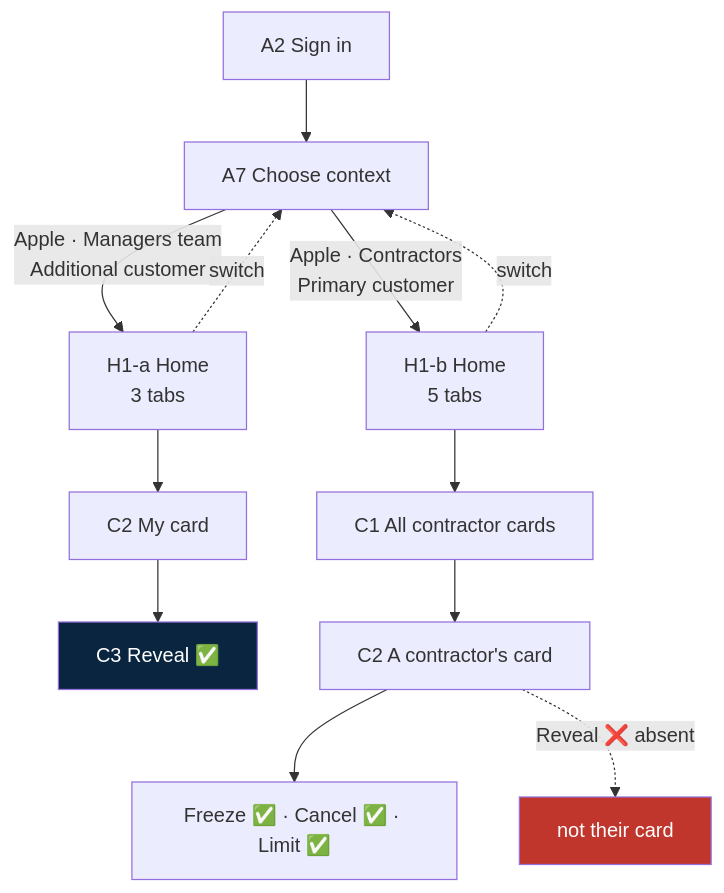
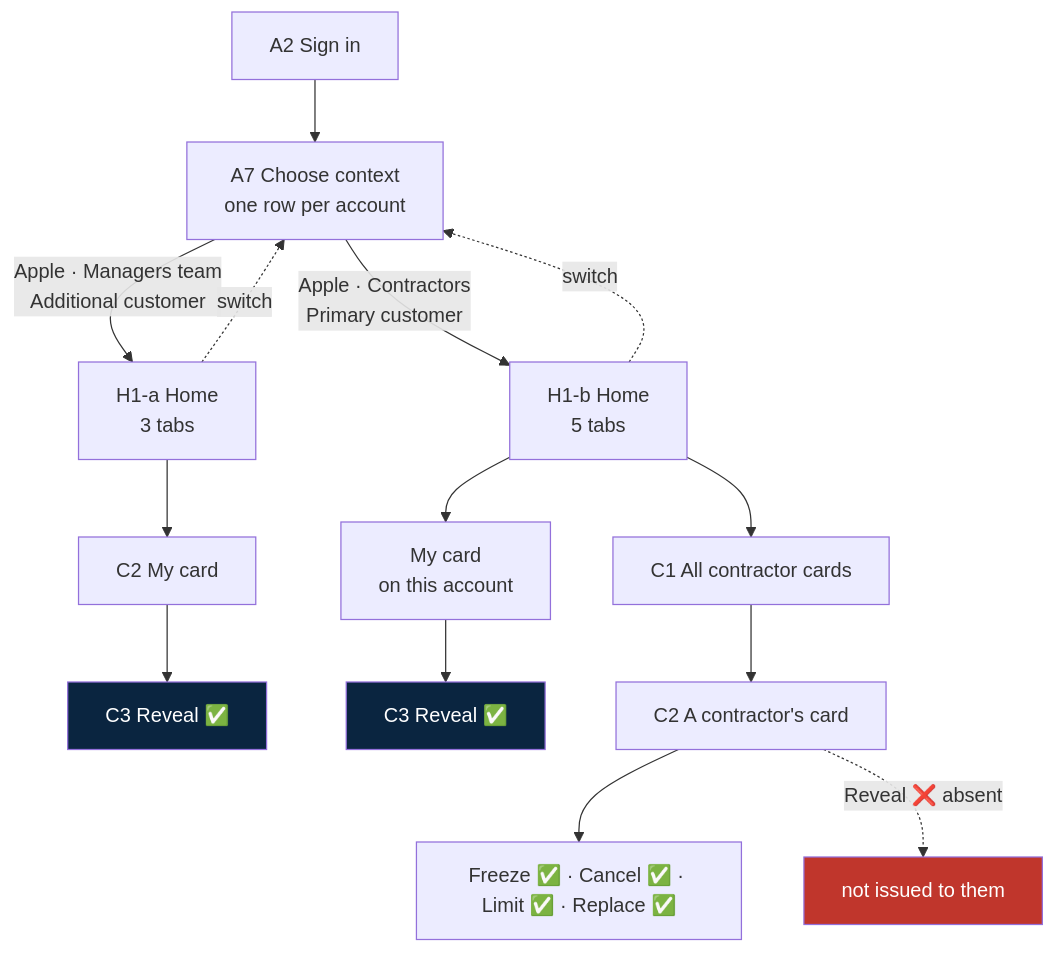
The tenth of 10 diagrams in docs/Screens-and-flows.md (yr08ii/card-management-app), drawn with Mermaid before and after one commit. The commit also changed other lines of this file and 1 other file, not shown here.

````diff
--- a/docs/Screens-and-flows.md
+++ b/docs/Screens-and-flows.md
@@ -432,17 +604,20 @@
 ```mermaid
 flowchart TD
-    A2["A2 Sign in"] --> A7["A7 Choose context"]
+    A2["A2 Sign in"] --> A7["A7 Choose context<br/>one row per account"]
     A7 -->|"Apple · Managers team<br/>Additional customer"| Ha["H1-a Home<br/>3 tabs"]
     A7 -->|"Apple · Contractors<br/>Primary customer"| Hb["H1-b Home<br/>5 tabs"]
 
-    Ha --> C2a["C2 My card"] --> C3["C3 Reveal ✅"]
+    Ha --> C2a["C2 My card"] --> C3a["C3 Reveal ✅"]
+
+    Hb --> Mine["My card<br/>on this account"] --> C3b["C3 Reveal ✅"]
     Hb --> C1["C1 All contractor cards"] --> C2b["C2 A contractor's card"]
-    C2b --> Fr["Freeze ✅ · Cancel ✅ · Limit ✅"]
-    C2b -.->|"Reveal ❌ absent"| X["not their card"]
+    C2b --> Fr["Freeze ✅ · Cancel ✅ · Limit ✅ · Replace ✅"]
+    C2b -.->|"Reveal ❌ absent"| X["not issued to them"]
 
     Ha -.->|"switch"| A7
     Hb -.->|"switch"| A7
 
-    style C3 fill:#0A2540,color:#fff
+    style C3a fill:#0A2540,color:#fff
+    style C3b fill:#0A2540,color:#fff
     style X fill:#C0362C,color:#fff
 ```
````
